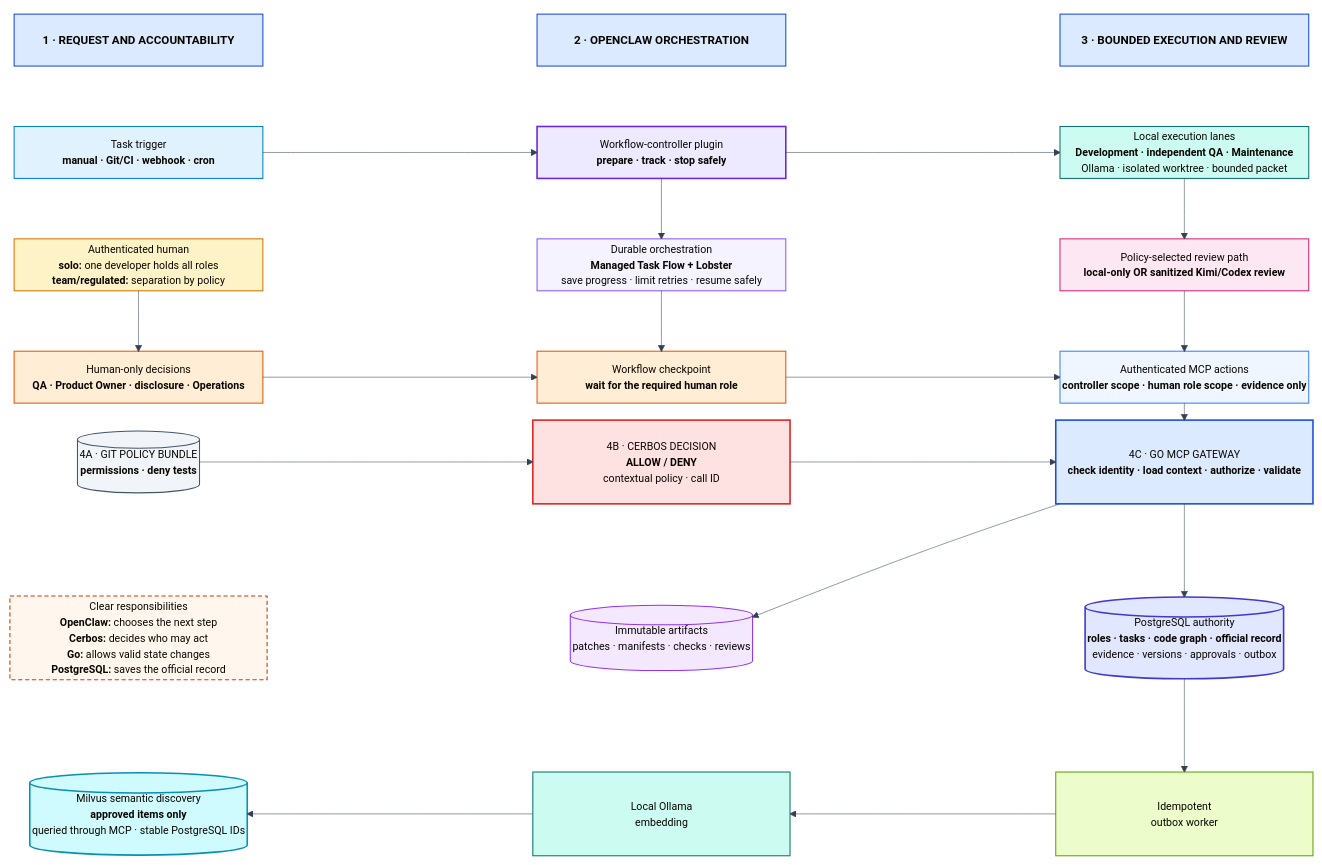
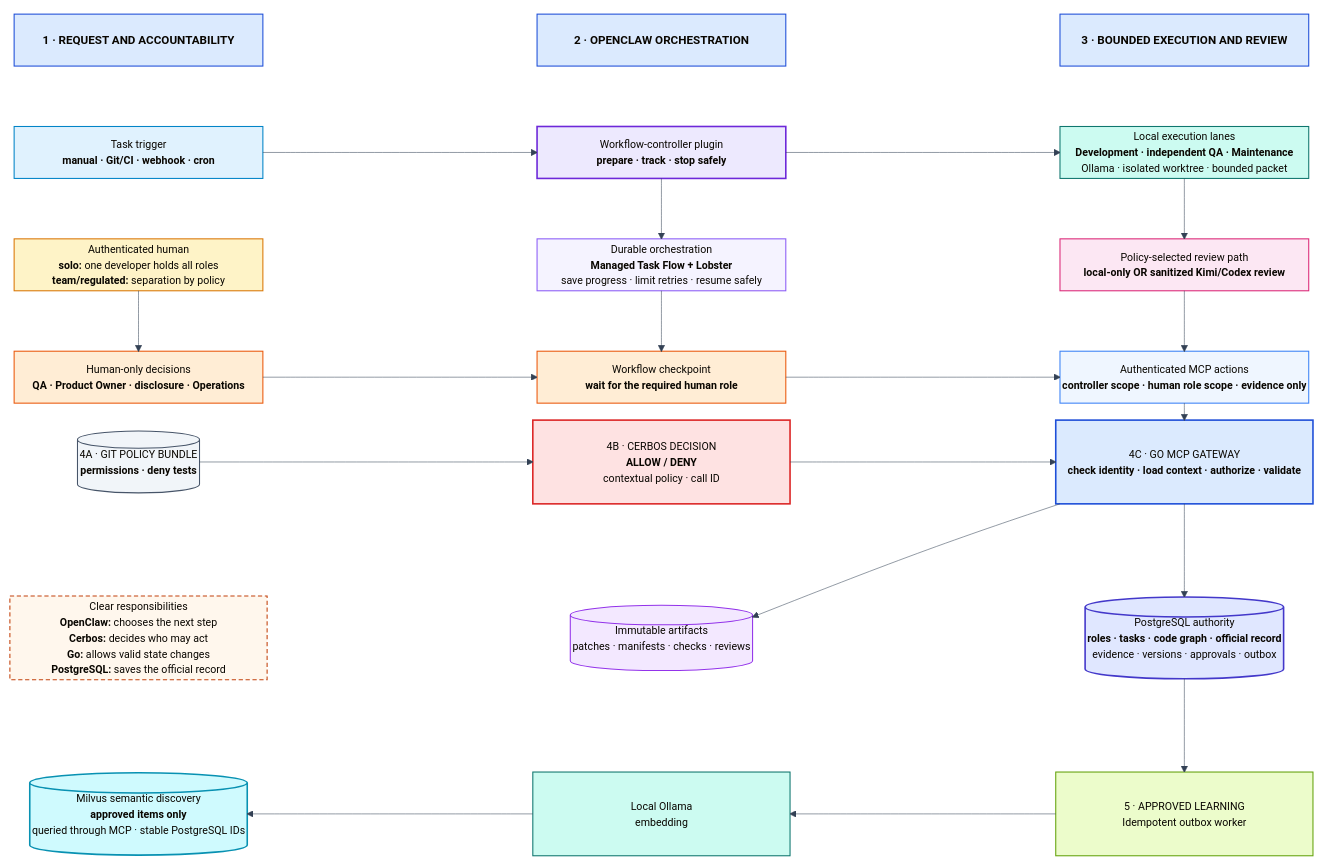
One commit to dhanuka84/local-ai-development-platform changed the diagram in docs/diagrams/openclaw-agentic-automation-workflow.mmd. Above: the diagram before and after it, drawn with Mermaid. The commit also changed 15 other files, not shown here.

```diff
--- a/docs/diagrams/openclaw-agentic-automation-workflow.mmd
+++ b/docs/diagrams/openclaw-agentic-automation-workflow.mmd
@@ -1,129 +1,129 @@
 ---
 title: OpenClaw Agentic Automation — Local-First Execution with Human Governance
 ---
-%%{init: {"theme": "base", "themeVariables": {"fontFamily": "Inter, Arial, sans-serif", "fontSize": "20px", "primaryTextColor": "#172033", "lineColor": "#334155", "edgeLabelBackground": "#ffffff"}, "themeCSS": ".edge-thickness-normal { stroke-width: 3px !important; }"}}%%
+%%{init: {"theme": "base", "themeVariables": {"fontFamily": "Inter, Arial, sans-serif", "fontSize": "20px", "primaryTextColor": "#172033", "lineColor": "#334155", "edgeLabelBackground": "#ffffff"}, "themeCSS": ".edge-thickness-normal { stroke-width: 4px !important; } .marker path { fill: context-stroke !important; stroke: context-stroke !important; } #my-svg-1-HUMAN-GATES, #my-svg-1-TRIGGER-CONTROLLER { stroke: #2563eb !important; } #my-svg-1-CONTROLLER-TASKFLOW, #my-svg-1-TASKFLOW-CHECKPOINT, #my-svg-1-GATES-CHECKPOINT { stroke: #7c3aed !important; } #my-svg-1-CONTROLLER-LOCAL, #my-svg-1-LOCAL-ROUTE, #my-svg-1-ROUTE-CALLS, #my-svg-1-CHECKPOINT-CALLS { stroke: #ea580c !important; } #my-svg-1-CALLS-MCP, #my-svg-1-POLICIES-CERBOS, #my-svg-1-CERBOS-MCP { stroke: #dc2626 !important; } #my-svg-1-MCP-POSTGRES, #my-svg-1-MCP-ARTIFACTS { stroke: #047857 !important; } #my-svg-1-POSTGRES-OUTBOX, #my-svg-1-OUTBOX-EMBEDDING, #my-svg-1-EMBEDDING-MILVUS { stroke: #65a30d !important; }"}}%%
 block
   columns 1
 
   block:top
     columns 5
     block:request
       columns 1
       H1["1 · REQUEST AND ACCOUNTABILITY"]
       space
       TRIGGER["Task trigger<br/><b>manual · Git/CI · webhook · cron</b>"]
       space
       HUMAN["Authenticated human<br/><b>solo:</b> one developer holds all roles<br/><b>team/regulated:</b> separation by policy"]
       space
       GATES["Human-only decisions<br/><b>QA · Product Owner · disclosure · Operations</b>"]
     end
 
     space
 
     block:orchestrate
       columns 1
       H2["2 · OPENCLAW ORCHESTRATION"]
       space
       CONTROLLER["Workflow-controller plugin<br/><b>prepare · track · stop safely</b>"]
       space
       TASKFLOW["Durable orchestration<br/><b>Managed Task Flow + Lobster</b><br/>save progress · limit retries · resume safely"]
       space
       CHECKPOINT["Workflow checkpoint<br/><b>wait for the required human role</b>"]
     end
 
     space
 
     block:execute
       columns 1
       H3["3 · BOUNDED EXECUTION AND REVIEW"]
       space
       LOCAL["Local execution lanes<br/><b>Development · independent QA · Maintenance</b><br/>Ollama · isolated worktree · bounded packet"]
       space
       ROUTE["Policy-selected review path<br/><b>local-only OR sanitized Kimi/Codex review</b>"]
       space
       CALLS["Authenticated MCP actions<br/><b>controller scope · human role scope · evidence only</b>"]
     end
   end
 
   block:trust
     columns 5
     POLICIES[("4A · GIT POLICY BUNDLE<br/><b>permissions · deny tests</b>")]
     space
     CERBOS["4B · CERBOS DECISION<br/><b>ALLOW / DENY</b><br/>contextual policy · call ID"]
     space
     MCP["4C · GO MCP GATEWAY<br/><b>check identity · load context · authorize · validate</b>"]
     space:5
     SPLIT["Clear responsibilities<br/><b>OpenClaw:</b> chooses the next step<br/><b>Cerbos:</b> decides who may act<br/><b>Go:</b> allows valid state changes<br/><b>PostgreSQL:</b> saves the official record"]
     space
     ARTIFACTS[("Immutable artifacts<br/>patches · manifests · checks · reviews")]
     space
     POSTGRES[("PostgreSQL authority<br/><b>roles · tasks · code graph · official record</b><br/>evidence · versions · approvals · outbox")]
     space:5
     MILVUS[("Milvus semantic discovery<br/><b>approved items only</b><br/>queried through MCP · stable PostgreSQL IDs")]
     space
     EMBEDDING["Local Ollama<br/>embedding"]
     space
-    OUTBOX["Idempotent<br/>outbox worker"]
+    OUTBOX["5 · APPROVED LEARNING<br/>Idempotent outbox worker"]
   end
 
   HUMAN --> GATES
   TRIGGER --> CONTROLLER
   CONTROLLER --> LOCAL
   CONTROLLER --> TASKFLOW
   TASKFLOW --> CHECKPOINT
   LOCAL --> ROUTE
   ROUTE --> CALLS
   GATES --> CHECKPOINT
   CHECKPOINT --> CALLS
   CALLS --> MCP
 
   POLICIES --> CERBOS
   CERBOS --> MCP
   MCP --> POSTGRES
   MCP --> ARTIFACTS
   POSTGRES --> OUTBOX
   OUTBOX --> EMBEDDING
   EMBEDDING --> MILVUS
 
   classDef header fill:#dbeafe,stroke:#1d4ed8,stroke-width:2px,color:#172554,font-size:22px,font-weight:bold;
   classDef trigger fill:#e0f2fe,stroke:#0284c7,stroke-width:2px,color:#0c4a6e;
   classDef human fill:#fef3c7,stroke:#d97706,stroke-width:2px,color:#78350f;
   classDef gate fill:#ffedd5,stroke:#ea580c,stroke-width:2px,color:#7c2d12;
   classDef openclaw fill:#f5f3ff,stroke:#8b5cf6,stroke-width:2px,color:#3b0764;
   classDef openclawStrong fill:#ede9fe,stroke:#6d28d9,stroke-width:3px,color:#3b0764;
   classDef local fill:#ccfbf1,stroke:#0f766e,stroke-width:2px,color:#134e4a;
   classDef cloud fill:#fce7f3,stroke:#db2777,stroke-width:2px,color:#831843;
   classDef gatewayLight fill:#eff6ff,stroke:#3b82f6,stroke-width:2px,color:#1e3a8a;
   classDef gateway fill:#dbeafe,stroke:#1d4ed8,stroke-width:3px,color:#172554;
   classDef authz fill:#fee2e2,stroke:#dc2626,stroke-width:3px,color:#7f1d1d;
   classDef database fill:#e0e7ff,stroke:#4338ca,stroke-width:3px,color:#312e81;
   classDef storage fill:#f3e8ff,stroke:#9333ea,stroke-width:2px,color:#581c87;
   classDef git fill:#f1f5f9,stroke:#475569,stroke-width:2px,color:#0f172a;
   classDef worker fill:#ecfccb,stroke:#65a30d,stroke-width:2px,color:#365314;
   classDef vector fill:#cffafe,stroke:#0891b2,stroke-width:3px,color:#164e63;
   classDef note fill:#fff7ed,stroke:#c2410c,stroke-width:2px,stroke-dasharray:8 5,color:#7c2d12;
 
   class H1,H2,H3 header
   class TRIGGER trigger
   class HUMAN human
   class GATES gate
   class CONTROLLER openclawStrong
   class TASKFLOW openclaw
   class CHECKPOINT gate
   class LOCAL,EMBEDDING local
   class ROUTE cloud
   class CALLS gatewayLight
   class MCP gateway
   class CERBOS authz
   class POSTGRES database
   class ARTIFACTS storage
   class POLICIES git
   class OUTBOX worker
   class MILVUS vector
   class SPLIT note
 
   style request fill:#ffffff,stroke:#ffffff,stroke-width:0px
   style orchestrate fill:#ffffff,stroke:#ffffff,stroke-width:0px
   style execute fill:#ffffff,stroke:#ffffff,stroke-width:0px
   style top fill:#ffffff,stroke:#ffffff,stroke-width:0px
   style trust fill:#ffffff,stroke:#ffffff,stroke-width:0px
```
